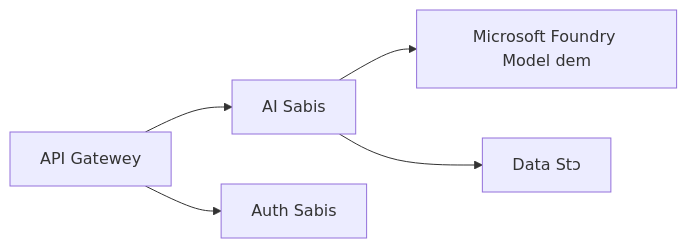
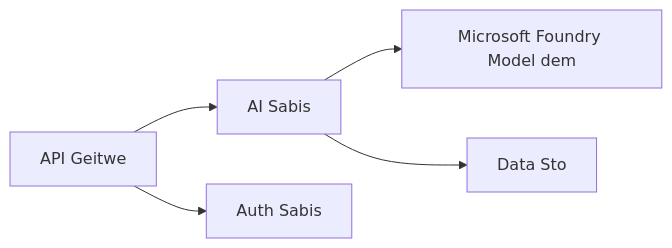
One commit to microsoft/AZD-for-beginners changed the first of 2 diagrams in translations/pcm/docs/chapter-08-production/README.md. Above: the diagram before and after it, drawn with Mermaid. The commit also changed other lines of this file and 104 other files, not shown here.

````diff
--- a/translations/pcm/docs/chapter-08-production/README.md
+++ b/translations/pcm/docs/chapter-08-production/README.md
@@ -48,6 +48,6 @@
 ```mermaid
 graph LR
-    Gateway[API Gatewey] --> AI[AI Sabis] --> Models[Microsoft Foundry Model dem]
+    Gateway[API Geitwe] --> AI[AI Sabis] --> Models[Microsoft Foundry Model dem]
     Gateway --> Auth[Auth Sabis]
-    AI --> Data[Data Stɔ]
+    AI --> Data[Data Sto]
 ```
````
